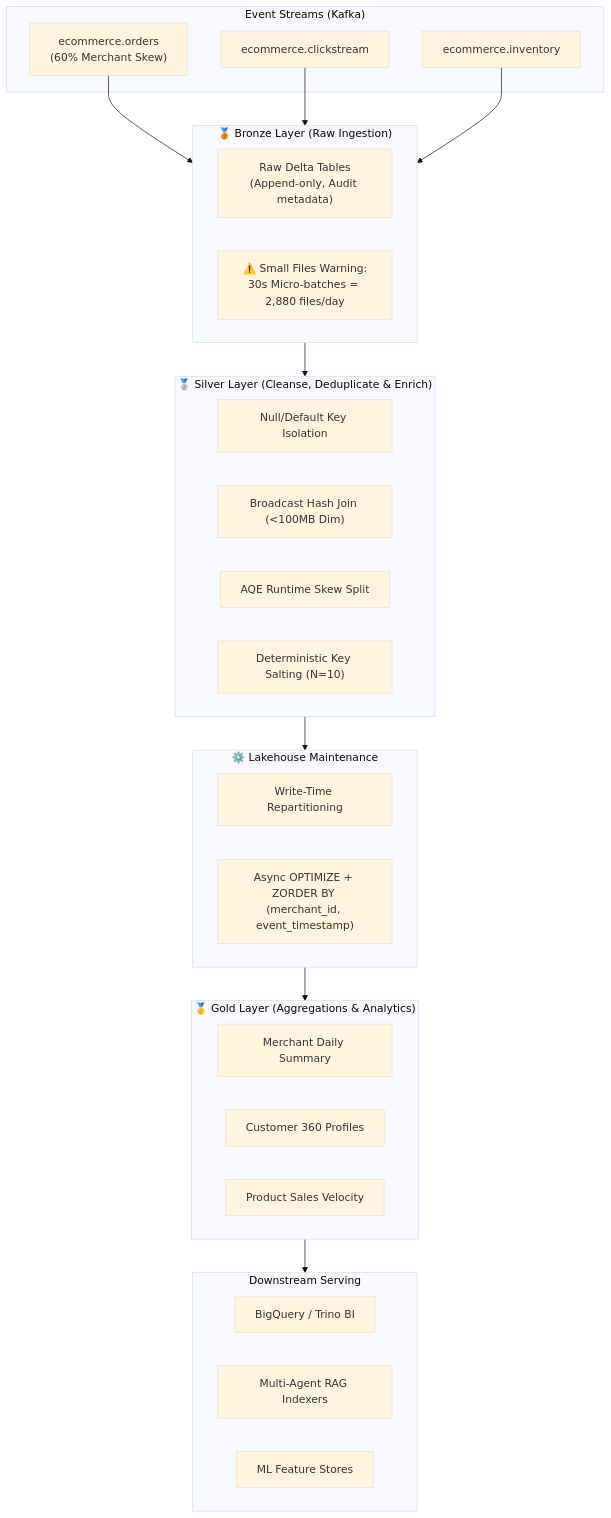
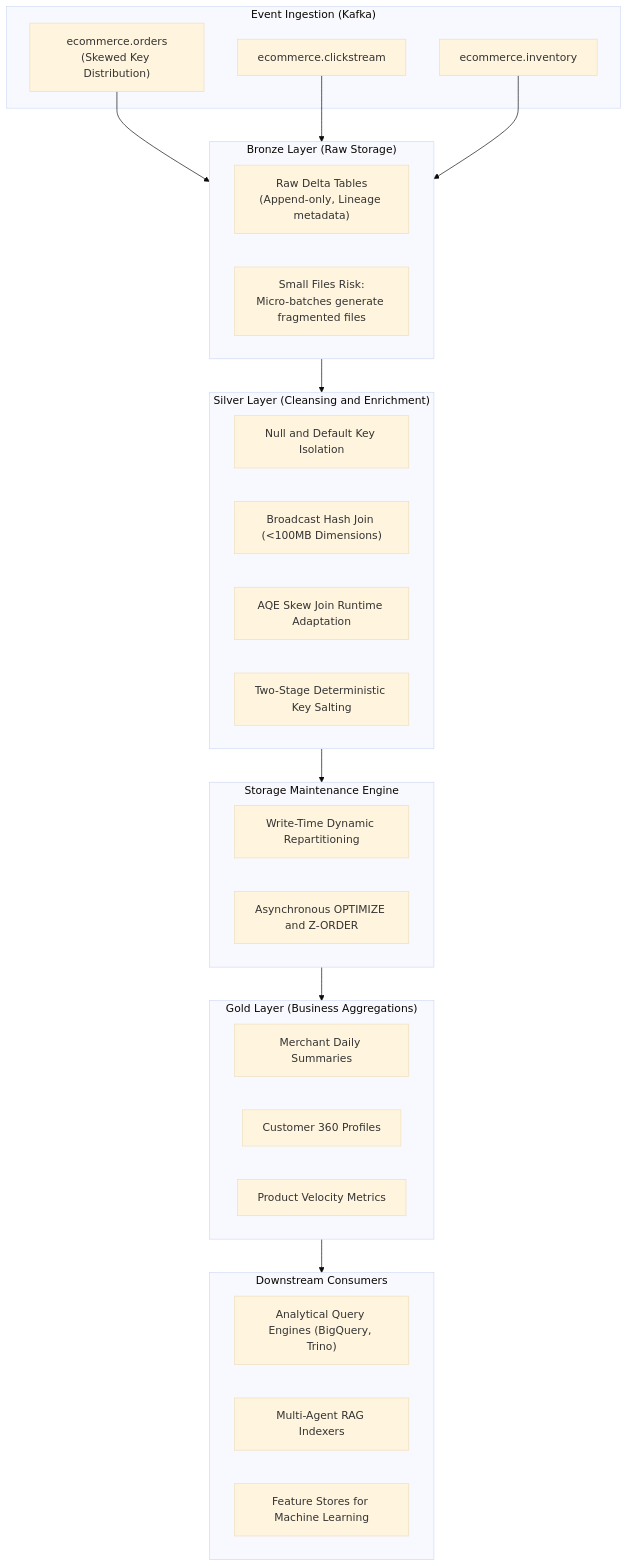
The diagram in README.md (Nirrajkadam/ecommerce-data-lakehouse), drawn with Mermaid (base theme) before and after one commit. The commit also changed other lines of this file and 7 other files, not shown here.

````diff
--- a/README.md
+++ b/README.md
@@ -35,43 +31,43 @@
 ```mermaid
 flowchart TD
-    subgraph Ingestion["Event Streams (Kafka)"]
-        K1["ecommerce.orders<br/>(60% Merchant Skew)"]
+    subgraph Ingestion["Event Ingestion (Kafka)"]
+        K1["ecommerce.orders<br/>(Skewed Key Distribution)"]
         K2["ecommerce.clickstream"]
         K3["ecommerce.inventory"]
     end
 
-    subgraph Bronze["🥉 Bronze Layer (Raw Ingestion)"]
-        B1["Raw Delta Tables<br/>(Append-only, Audit metadata)"]
-        B2["⚠️ Small Files Warning:<br/>30s Micro-batches = 2,880 files/day"]
+    subgraph Bronze["Bronze Layer (Raw Storage)"]
+        B1["Raw Delta Tables<br/>(Append-only, Lineage metadata)"]
+        B2["Small Files Risk:<br/>Micro-batches generate fragmented files"]
     end
 
-    subgraph Silver["🥈 Silver Layer (Cleanse, Deduplicate & Enrich)"]
-        S1["Null/Default Key Isolation"]
-        S2["Broadcast Hash Join (<100MB Dim)"]
-        S3["AQE Runtime Skew Split"]
-        S4["Deterministic Key Salting (N=10)"]
+    subgraph Silver["Silver Layer (Cleansing and Enrichment)"]
+        S1["Null and Default Key Isolation"]
+        S2["Broadcast Hash Join (<100MB Dimensions)"]
+        S3["AQE Skew Join Runtime Adaptation"]
+        S4["Two-Stage Deterministic Key Salting"]
     end
 
-    subgraph CompactionEngine["⚙️ Lakehouse Maintenance"]
-        C1["Write-Time Repartitioning"]
-        C2["Async OPTIMIZE + ZORDER BY (merchant_id, event_timestamp)"]
+    subgraph Compaction["Storage Maintenance Engine"]
+        C1["Write-Time Dynamic Repartitioning"]
+        C2["Asynchronous OPTIMIZE and Z-ORDER"]
     end
 
-    subgraph Gold["🥇 Gold Layer (Aggregations & Analytics)"]
-        G1["Merchant Daily Summary"]
+    subgraph Gold["Gold Layer (Business Aggregations)"]
+        G1["Merchant Daily Summaries"]
         G2["Customer 360 Profiles"]
-        G3["Product Sales Velocity"]
+        G3["Product Velocity Metrics"]
     end
 
-    subgraph Consumers["Downstream Serving"]
-        D1["BigQuery / Trino BI"]
+    subgraph Downstream["Downstream Consumers"]
+        D1["Analytical Query Engines (BigQuery, Trino)"]
         D2["Multi-Agent RAG Indexers"]
-        D3["ML Feature Stores"]
+        D3["Feature Stores for Machine Learning"]
     end
 
     K1 & K2 & K3 --> Bronze
     Bronze --> Silver
-    Silver --> CompactionEngine
-    CompactionEngine --> Gold
-    Gold --> Consumers
+    Silver --> Compaction
+    Compaction --> Gold
+    Gold --> Downstream
 ```
````
